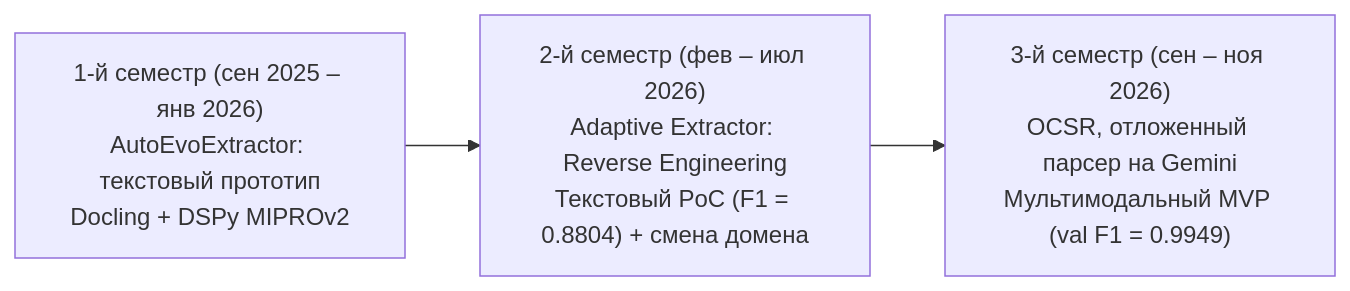
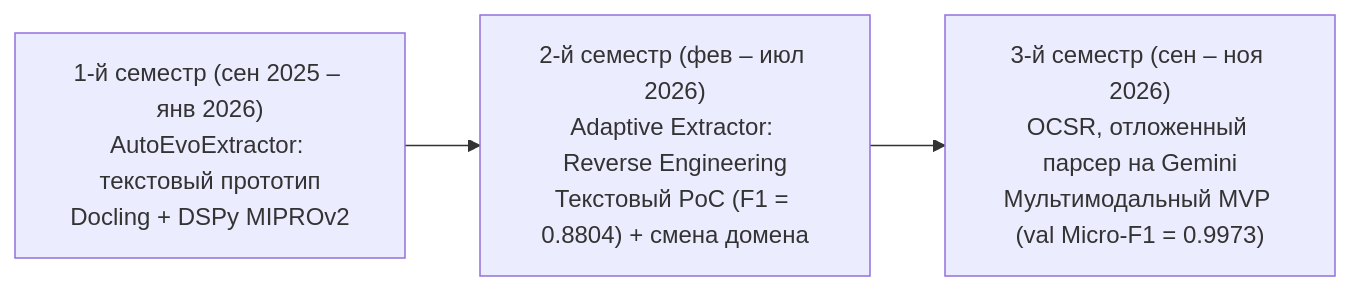
Before and after one commit to arutamonofu/adaptive-extractor: the diagram in docs/journal.md, drawn with Mermaid. The commit also changed other lines of this file and 4 other files, not shown here.

Commit message:
docs: update README, architecture, guide, methodology, and ADR-006..010

````diff
--- a/docs/journal.md
+++ b/docs/journal.md
@@ -24,5 +24,5 @@
 ```mermaid
 flowchart LR
     S1["1-й семестр (сен 2025 – янв 2026)<br/>AutoEvoExtractor: текстовый прототип<br/>Docling + DSPy MIPROv2"] --> S2["2-й семестр (фев – июл 2026)<br/>Adaptive Extractor: Reverse Engineering<br/>Текстовый PoC (F1 = 0.8804) + смена домена"]
-    S2 --> S3["3-й семестр (сен – ноя 2026)<br/>OCSR, отложенный парсер на Gemini<br/>Мультимодальный MVP (val F1 = 0.9949)"]
+    S2 --> S3["3-й семестр (сен – ноя 2026)<br/>OCSR, отложенный парсер на Gemini<br/>Мультимодальный MVP (val Micro-F1 = 0.9973)"]
 ```
````
